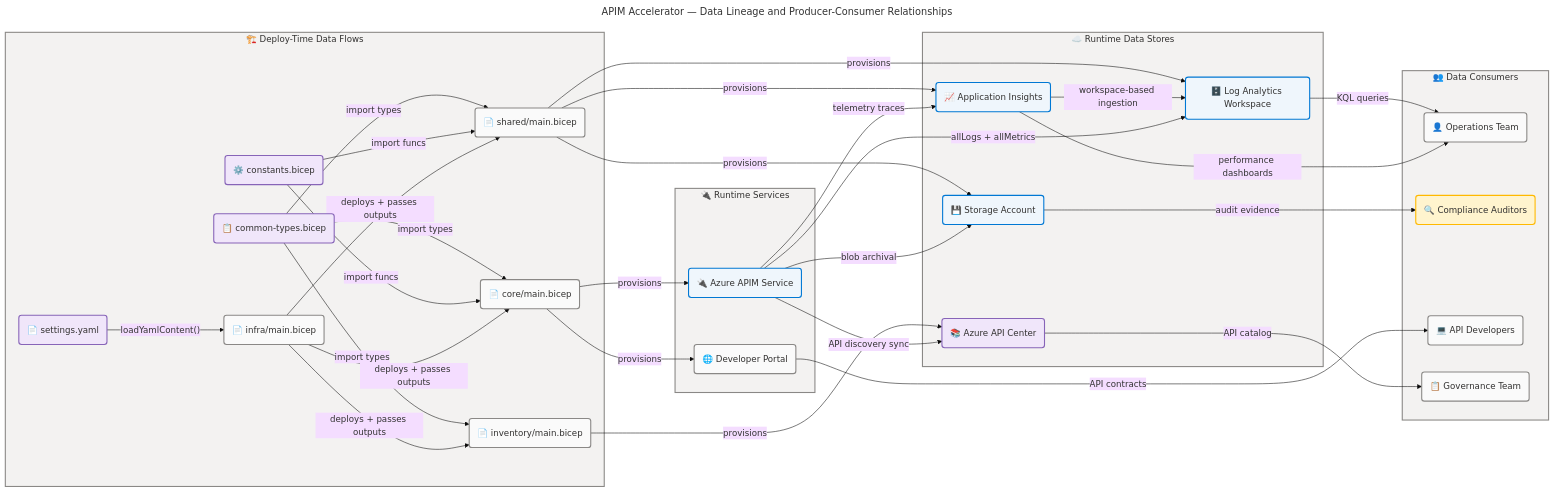
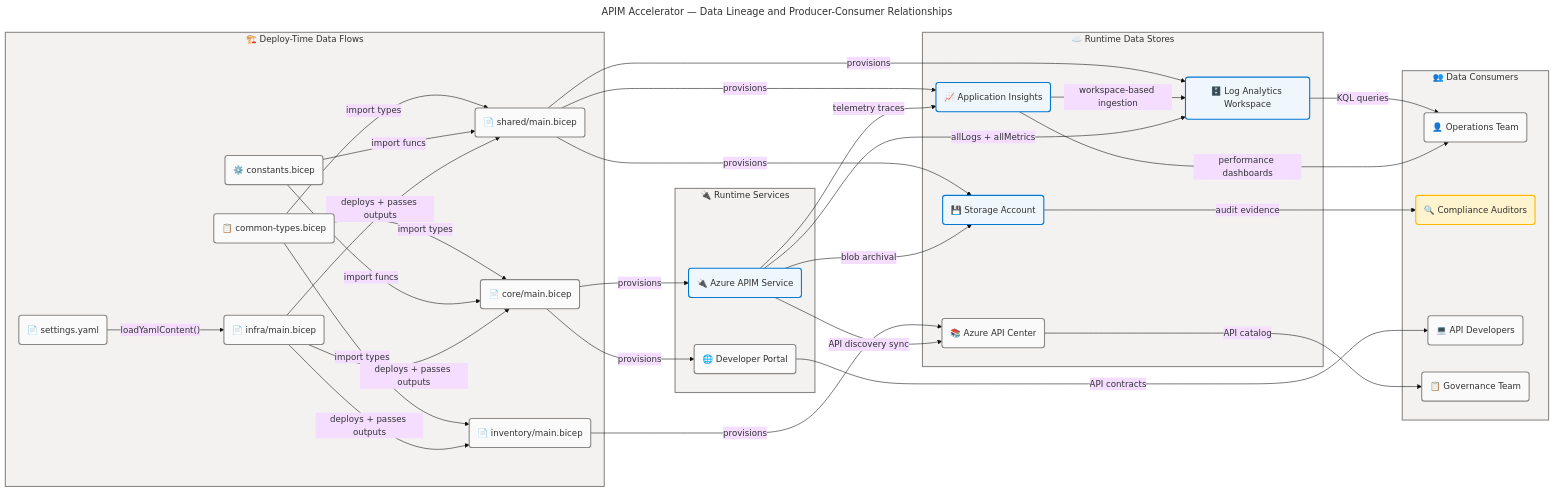
Before and after one commit to Evilazaro/APIM-Accelerator: the fourth of 4 diagrams in docs/architecture/data-architecture.md, drawn with Mermaid. The commit also changed other lines of this file and 3 other files, not shown here.

```diff
--- a/docs/architecture/data-architecture.md
+++ b/docs/architecture/data-architecture.md
@@ -956,9 +952,9 @@
     %% ═══════════════════════════════════════════════════════════════════════════
 
     subgraph deployTime["🏗️ Deploy-Time Data Flows"]
-        SETTINGSYAML("📄 settings.yaml"):::data
-        MAINTYPES("📋 common-types.bicep"):::data
-        CONSTANTS("⚙️ constants.bicep"):::data
+        SETTINGSYAML("📄 settings.yaml"):::neutral
+        MAINTYPES("📋 common-types.bicep"):::neutral
+        CONSTANTS("⚙️ constants.bicep"):::neutral
         MAINBICEP("📄 infra/main.bicep"):::neutral
         COREBICEP("📄 core/main.bicep"):::neutral
         SHAREDBICEP("📄 shared/main.bicep"):::neutral
@@ -969,12 +965,12 @@
         LAW("🗄️ Log Analytics Workspace"):::core
         STORAGE("💾 Storage Account"):::core
         AI("📈 Application Insights"):::core
-        APICENTER("📚 Azure API Center"):::data
+        APICENTER("📚 Azure API Center"):::neutral
     end
 
     subgraph runtimeServices["🔌 Runtime Services"]
         APIM("🔌 Azure APIM Service"):::core
-        DEVPORTAL("🌐 Developer Portal"):::external
+        DEVPORTAL("🌐 Developer Portal"):::neutral
     end
 
     subgraph consumers["👥 Data Consumers"]
@@ -1011,9 +1007,7 @@
     APICENTER -->|"API catalog"| GOVTEAM
 
     classDef core fill:#EFF6FC,stroke:#0078D4,stroke-width:2px,color:#323130
-    classDef data fill:#F0E6FA,stroke:#8764B8,stroke-width:2px,color:#323130
     classDef neutral fill:#FAFAFA,stroke:#8A8886,stroke-width:2px,color:#323130
-    classDef external fill:#FAFAFA,stroke:#8A8886,stroke-width:2px,color:#323130
     classDef warning fill:#FFF4CE,stroke:#FFB900,stroke-width:2px,color:#323130
 
     style deployTime fill:#F3F2F1,stroke:#8A8886,stroke-width:2px,color:#323130
```
